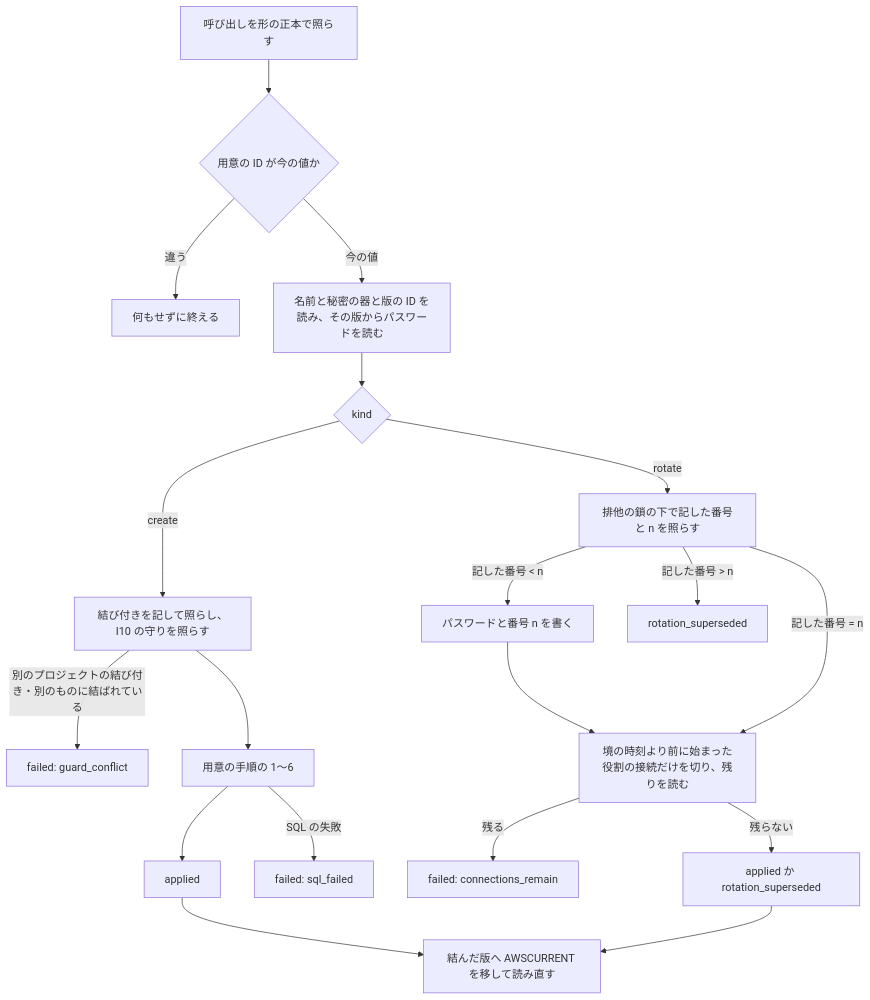
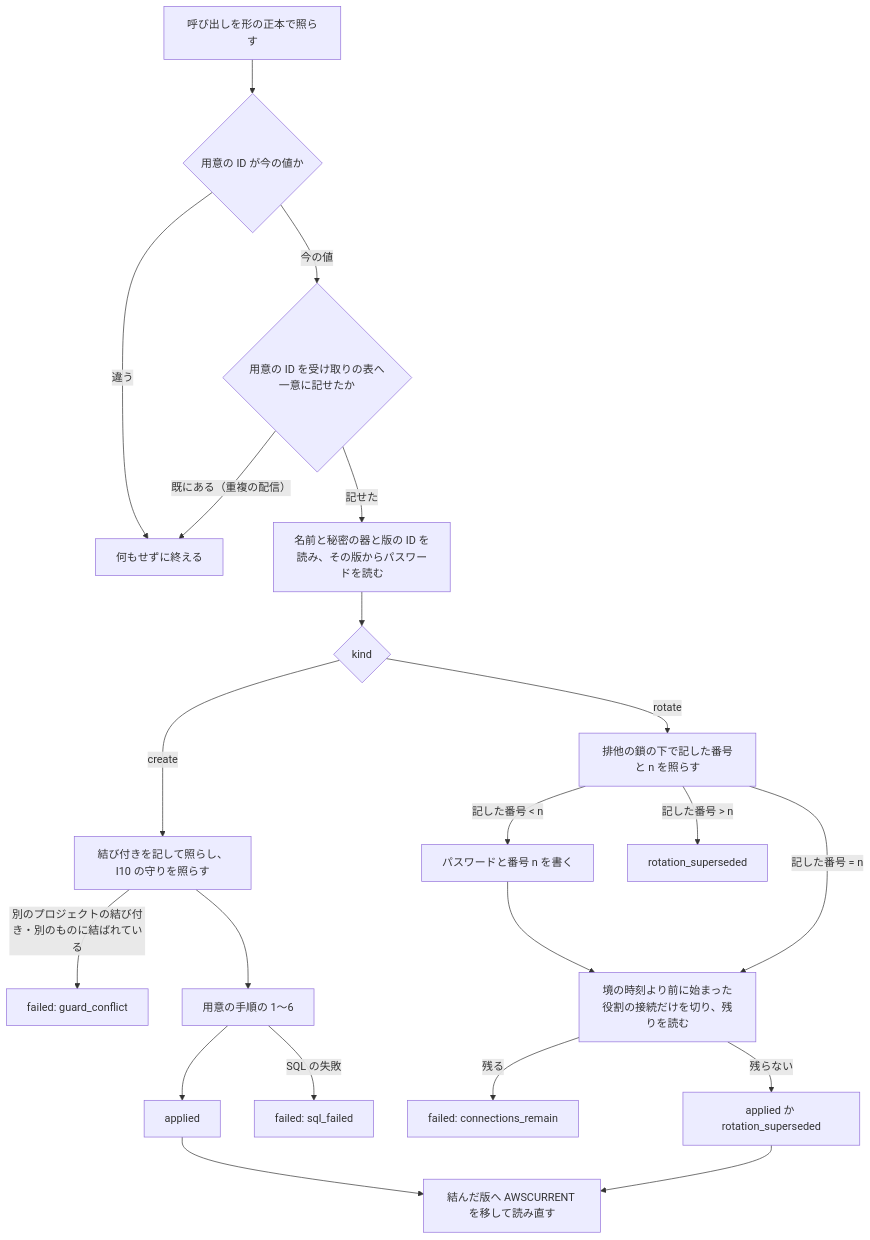
Before and after one commit to devbasex/nd-factory: the third of 3 diagrams in issues/issue-13-design.md, drawn with Mermaid. The commit also changed other lines of this file and 3 other files, not shown here.

````diff
--- a/issues/issue-13-design.md
+++ b/issues/issue-13-design.md
@@ -185,20 +185,22 @@
 ```mermaid
 flowchart TD
     A[呼び出しを形の正本で照らす] --> B{用意の ID が今の値か}
     B -->|違う| X[何もせずに終える]
-    B -->|今の値| C[名前と秘密の器と版の ID を読み、その版からパスワードを読む]
+    B -->|今の値| Q{用意の ID を受け取りの表へ一意に記せたか}
+    Q -->|既にある（重複の配信）| X
+    Q -->|記せた| C[名前と秘密の器と版の ID を読み、その版からパスワードを読む]
     C --> D{kind}
     D -->|create| G[結び付きを記して照らし、I10 の守りを照らす]
     G -->|別のプロジェクトの結び付き・別のものに結ばれている| F2["failed: guard_conflict"]
     G --> H[用意の手順の 1〜6]
     H --> OK[applied]
     OK --> P[結んだ版へ AWSCURRENT を移して読み直す]
     H -->|SQL の失敗| F4["failed: sql_failed"]
     D -->|rotate| R[排他の鎖の下で記した番号と n を照らす]
     R -->|記した番号 < n| W[パスワードと番号 n を書く] --> K[境の時刻より前に始まった役割の接続だけを切り、残りを読む]
     R -->|記した番号 = n| K
     R -->|記した番号 > n| S[rotation_superseded]
     K -->|残る| F3["failed: connections_remain"]
     K -->|残らない| OK2[applied か rotation_superseded]
     OK2 --> P
 ```
````
